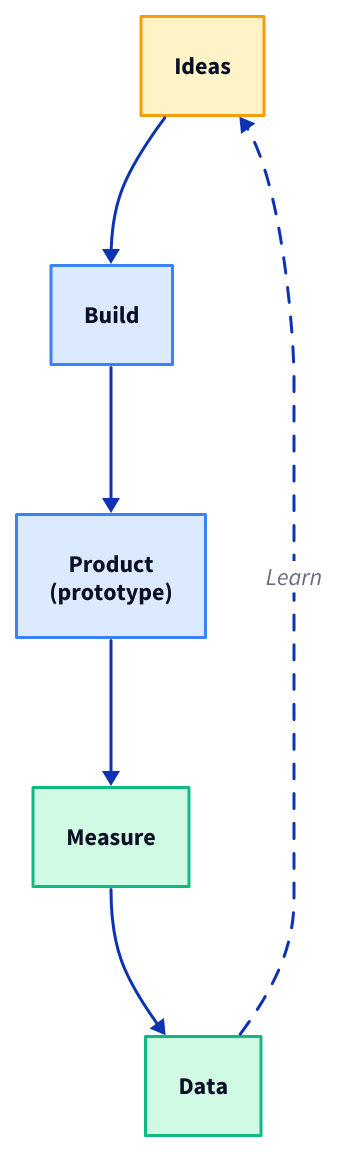
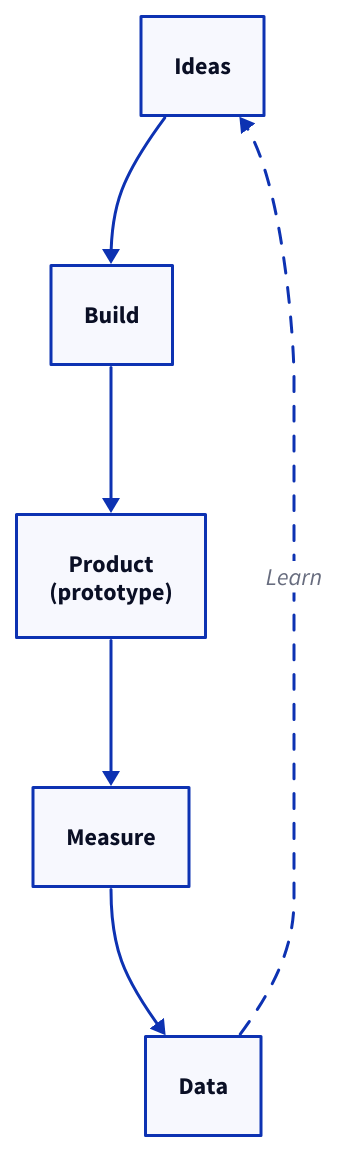
One commit to smileynet/ui-optimizer changed the fourth of 12 diagrams in docs/reference/diagram-comparison.md. Above: the diagram before and after it, drawn with D2. The commit also changed other lines of this file, not shown here.

````diff
--- a/docs/reference/diagram-comparison.md
+++ b/docs/reference/diagram-comparison.md
@@ -109,33 +83,14 @@
 ```d2
 direction: down
 
-ideas: Ideas {
-  style.fill: "#fef3c7"
-  style.stroke: "#f59e0b"
-}
-
-build: Build {
-  style.fill: "#dbeafe"
-  style.stroke: "#3b82f6"
-}
-
-product: Product\n(prototype) {
-  style.fill: "#dbeafe"
-  style.stroke: "#3b82f6"
-}
-
-measure: Measure {
-  style.fill: "#d1fae5"
-  style.stroke: "#10b981"
-}
-
-data: Data {
-  style.fill: "#d1fae5"
-  style.stroke: "#10b981"
-}
+ideas: Ideas
+build: Build
+product: Product\n(prototype)
+measure: Measure
+data: Data
 
 ideas -> build -> product -> measure -> data
 data -> ideas: Learn {
   style.stroke-dash: 5
 }
 ```
````
